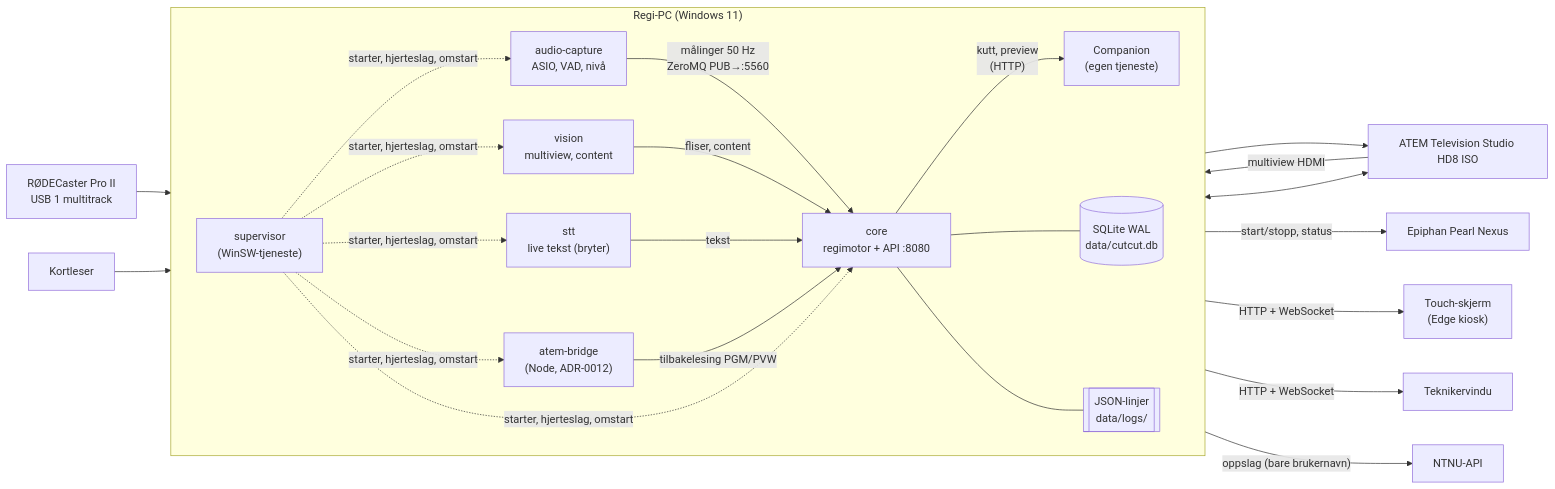
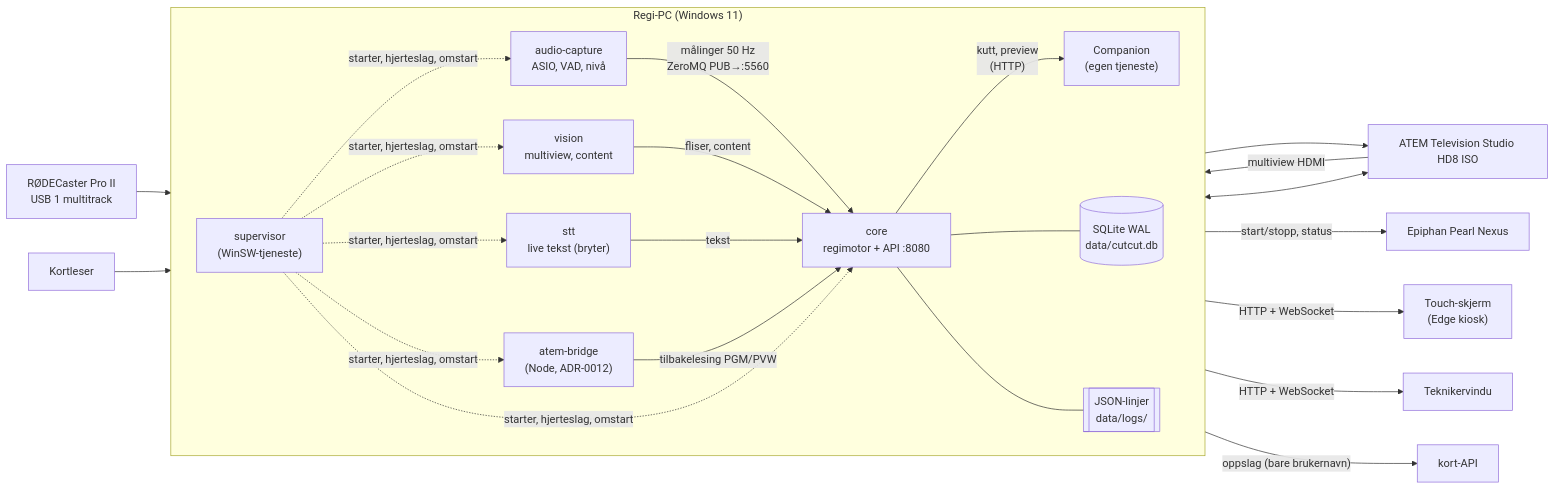
The first of 5 diagrams in docs/architecture/README.md (multimediesenteret/CutCutStudio), drawn with Mermaid before and after one commit. The commit also changed other lines of this file and 105 other files, not shown here.

````diff
--- a/docs/architecture/README.md
+++ b/docs/architecture/README.md
@@ -11,32 +11,32 @@
 ```mermaid
 flowchart LR
   subgraph PC["Regi-PC (Windows 11)"]
     direction LR
     SUP["supervisor<br/>(WinSW-tjeneste)"]
     AUD["audio-capture<br/>ASIO, VAD, nivå"]
     VIS["vision<br/>multiview, content"]
     STT["stt<br/>live tekst (bryter)"]
     CORE["core<br/>regimotor + API :8080"]
     BRIDGE["atem-bridge<br/>(Node, ADR-0012)"]
     COMP["Companion<br/>(egen tjeneste)"]
     DB[("SQLite WAL<br/>data/cutcut.db")]
     LOGS[["JSON-linjer<br/>data/logs/"]]
   end
   RODE["RØDECaster Pro II<br/>USB 1 multitrack"] --> AUD
   ATEM["ATEM Television Studio HD8 ISO"] -- multiview HDMI --> VIS
   AUD -- "målinger 50 Hz<br/>ZeroMQ PUB→:5560" --> CORE
   VIS -- "fliser, content" --> CORE
   STT -- tekst --> CORE
   CORE -- "kutt, preview<br/>(HTTP)" --> COMP
   COMP --> ATEM
   BRIDGE -- "tilbakelesing PGM/PVW" --> CORE
   ATEM <--> BRIDGE
   CORE -- "start/stopp, status" --> PEARL["Epiphan Pearl Nexus"]
   CORE --- DB
   CORE --- LOGS
   SUP -. "starter, hjerteslag, omstart" .-> AUD & VIS & STT & CORE & BRIDGE
   CORE -- "HTTP + WebSocket" --> TOUCH["Touch-skjerm<br/>(Edge kiosk)"]
   CORE -- "HTTP + WebSocket" --> TECH["Teknikervindu"]
   CARD["Kortleser"] --> CORE
-  CORE -- "oppslag (bare brukernavn)" --> NTNU["NTNU-API"]
+  CORE -- "oppslag (bare brukernavn)" --> Multimediesenteret["kort-API"]
 ```
````
